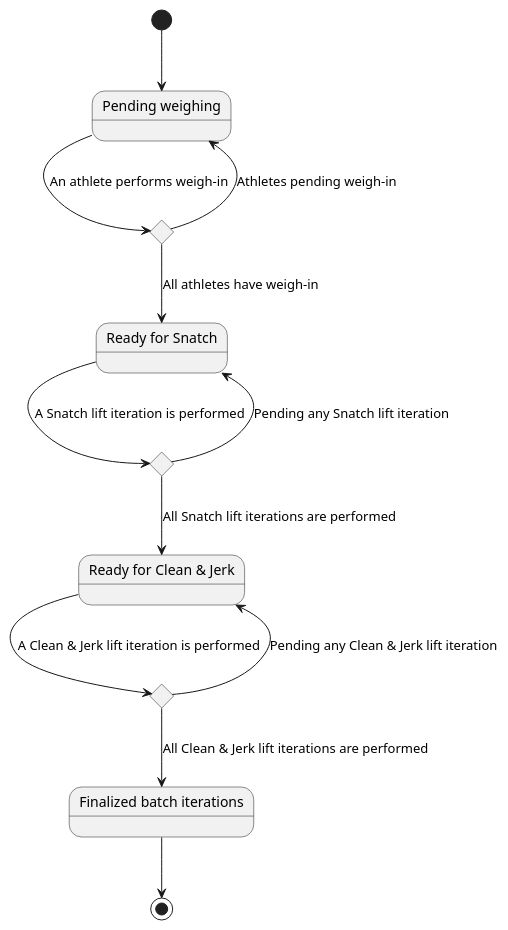
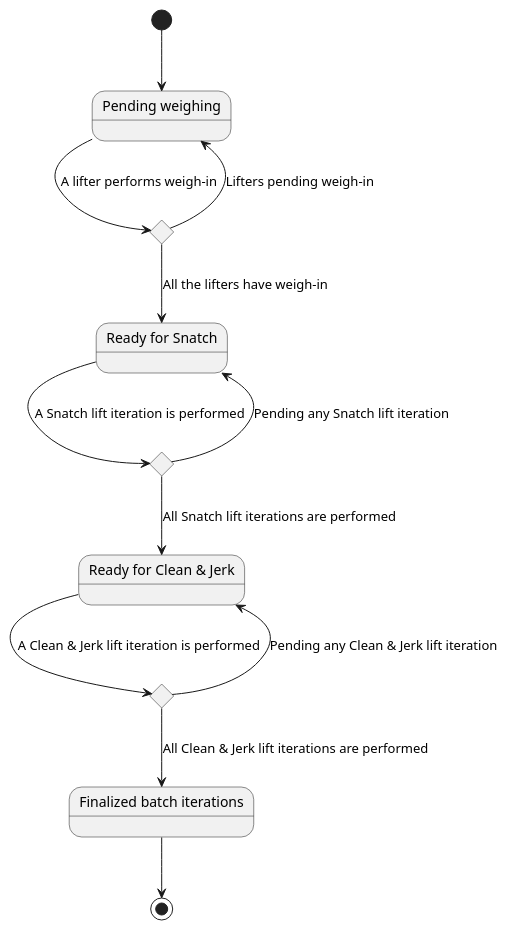
Before and after one commit to zuldare/mastercloud_pfm_halterocms: the diagram in diagrams/states/2-batchStates.puml, drawn with PlantUML.

Commit message:
Rename athletes to lifters

```diff
--- a/diagrams/states/2-batchStates.puml
+++ b/diagrams/states/2-batchStates.puml
@@ -1,21 +1,21 @@
 @startuml
 state "Pending weighing" as PendingWeighing
 state "More weigh-ins pending?" as MoreWeighin <<choice>>
 state "Ready for Snatch" as ReadyForSnatch
 state "More Snatch iterations pending?" as MoreSnatchIteration <<choice>>
 state "Ready for Clean & Jerk" as ReadyForCleanAndJerk
 state "More Clean & Jerk iterations pending?" as MoreCleanAndJerkIteration <<choice>>
 state "Finalized batch iterations" as FinalizedBatchIterations
 
 [*] --> PendingWeighing
-PendingWeighing --> MoreWeighin : An athlete performs weigh-in
-MoreWeighin --> PendingWeighing : Athletes pending weigh-in
-MoreWeighin --> ReadyForSnatch : All athletes have weigh-in
+PendingWeighing --> MoreWeighin : A lifter performs weigh-in
+MoreWeighin --> PendingWeighing : Lifters pending weigh-in
+MoreWeighin --> ReadyForSnatch : All the lifters have weigh-in
 ReadyForSnatch --> MoreSnatchIteration : A Snatch lift iteration is performed
 MoreSnatchIteration --> ReadyForSnatch : Pending any Snatch lift iteration
 MoreSnatchIteration --> ReadyForCleanAndJerk : All Snatch lift iterations are performed
 ReadyForCleanAndJerk --> MoreCleanAndJerkIteration : A Clean & Jerk lift iteration is performed
 MoreCleanAndJerkIteration --> ReadyForCleanAndJerk : Pending any Clean & Jerk lift iteration
 MoreCleanAndJerkIteration --> FinalizedBatchIterations : All Clean & Jerk lift iterations are performed
 FinalizedBatchIterations --> [*]
 @enduml
```
